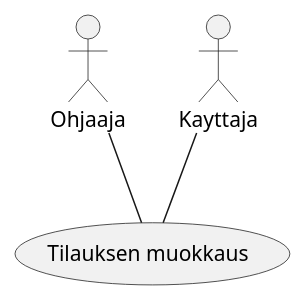
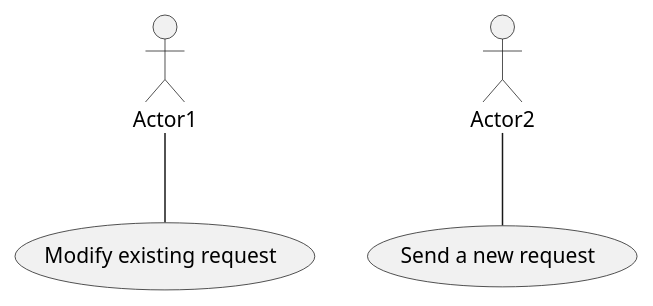
The diagram in docs/20-Requirement-management/templates/template-usecase.md (ninaleo/ransut-core), drawn with PlantUML before and after one commit. The commit also changed other lines of this file, not shown here.

````diff
--- a/docs/20-Requirement-management/templates/template-usecase.md
+++ b/docs/20-Requirement-management/templates/template-usecase.md
@@ -8,4 +8,4 @@
 ```plantuml
-Ohjaaja -- (Tilauksen muokkaus)
-Kayttaja -- (Tilauksen muokkaus)
+Actor1 -- (Modify existing request)
+Actor2 -- (Send a new request)
 ```
````
